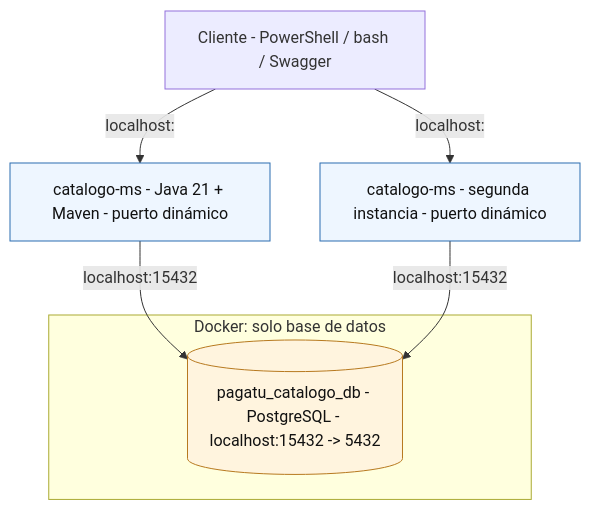
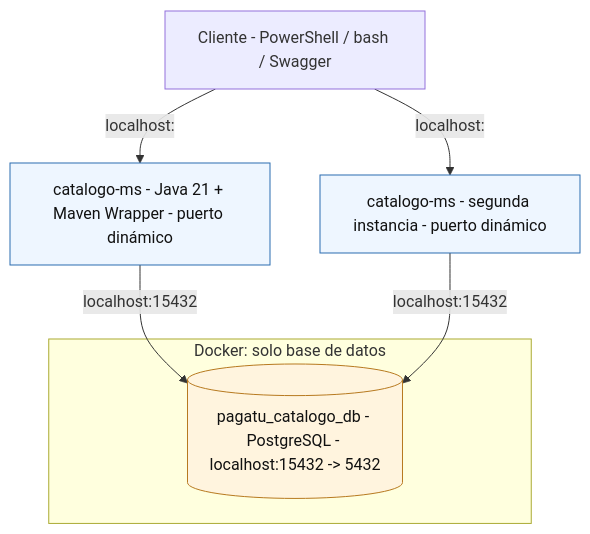
The third of 4 diagrams in docs/sesiones/S01_Construccion_Servicio_Base.md (262dist/pagatu), drawn with Mermaid before and after one commit. The commit also changed other lines of this file, not shown here.

````diff
--- a/docs/sesiones/S01_Construccion_Servicio_Base.md
+++ b/docs/sesiones/S01_Construccion_Servicio_Base.md
@@ -108,19 +142,19 @@
 ```mermaid
 flowchart TB
     DevClient["Cliente - PowerShell / bash / Swagger"]
-    DevApp1["catalogo-ms - Java 21 + Maven - puerto dinámico"]
+    DevApp1["catalogo-ms - Java 21 + Maven Wrapper - puerto dinámico"]
     DevApp2["catalogo-ms - segunda instancia - puerto dinámico"]
     subgraph DevDocker["Docker: solo base de datos"]
         DevDb[("pagatu_catalogo_db - PostgreSQL - localhost:15432 -> 5432")]
     end
 
     DevClient -->|"localhost:<puerto-asignado>"| DevApp1
     DevClient -->|"localhost:<otro-puerto>"| DevApp2
     DevApp1 -->|"localhost:15432"| DevDb
     DevApp2 -->|"localhost:15432"| DevDb
 
     classDef app fill:#eef6ff,stroke:#2b6cb0,color:#111;
     classDef db fill:#fff4de,stroke:#b7791f,color:#111;
     class DevApp1,DevApp2 app;
     class DevDb db;
 ```
````
